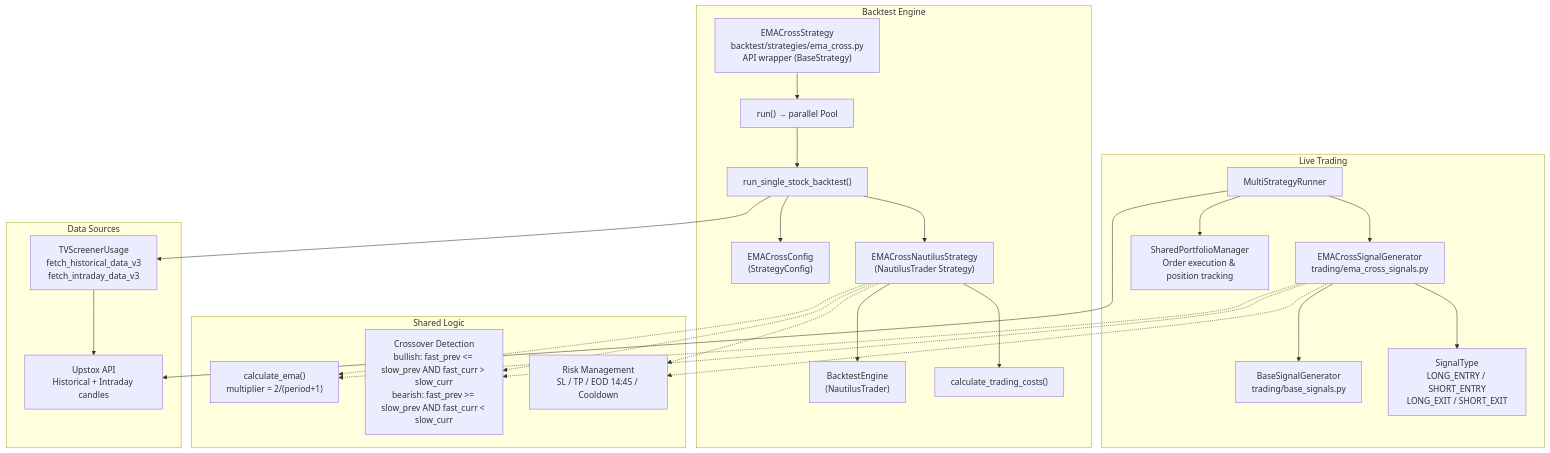
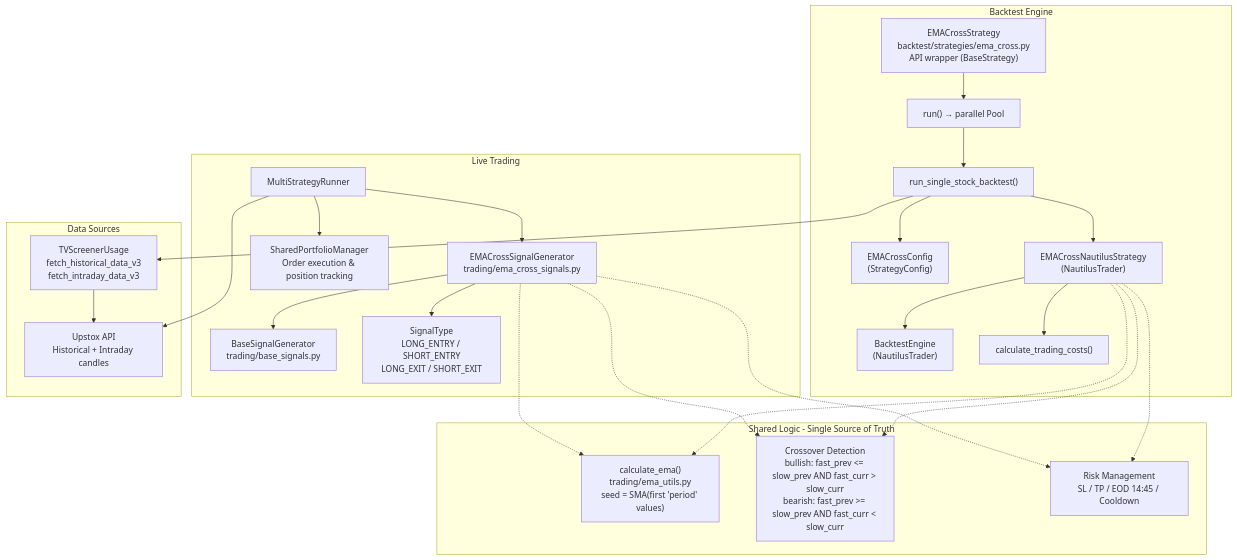
The sixth of 6 diagrams in stock-screener-ui/docs/strategy-ema-cross.md (syntaxhacker/Alphashri), drawn with Mermaid before and after one commit. The commit also changed other lines of this file and 7 other files, not shown here.

First line of the commit message:
refactor: create single source of truth for EMA calculation

````diff
--- a/stock-screener-ui/docs/strategy-ema-cross.md
+++ b/stock-screener-ui/docs/strategy-ema-cross.md
@@ -338,42 +338,42 @@
 ```mermaid
 flowchart TB
     subgraph Live["Live Trading"]
         Runner["MultiStrategyRunner"]
         Runner --> Gen["EMACrossSignalGenerator<br/>trading/ema_cross_signals.py"]
         Gen --> Base["BaseSignalGenerator<br/>trading/base_signals.py"]
         Gen --> Signals["SignalType<br/>LONG_ENTRY / SHORT_ENTRY<br/>LONG_EXIT / SHORT_EXIT"]
         Runner --> Portfolio["SharedPortfolioManager<br/>Order execution & position tracking"]
     end
 
     subgraph Backtest["Backtest Engine"]
         API["EMACrossStrategy<br/>backtest/strategies/ema_cross.py<br/>API wrapper (BaseStrategy)"]
         API --> Runner2["run() → parallel Pool"]
         Runner2 --> Single["run_single_stock_backtest()"]
         Single --> Config["EMACrossConfig<br/>(StrategyConfig)"]
-        Single --> Naut["EMACrossNautilusStrategy<br/>(NautilusTrader Strategy)"]
+        Single --> Naut["EMACrossNautilusStrategy<br/>(NautilusTrader)"]
         Naut --> Engine["BacktestEngine<br/>(NautilusTrader)"]
         Naut --> Costs["calculate_trading_costs()"]
     end
 
-    subgraph Shared["Shared Logic"]
-        EMA["calculate_ema()<br/>multiplier = 2/(period+1)"]
+    subgraph Shared["Shared Logic - Single Source of Truth"]
+        EMA["calculate_ema()<br/>trading/ema_utils.py<br/>seed = SMA(first 'period' values)"]
         Cross["Crossover Detection<br/>bullish: fast_prev <= slow_prev AND fast_curr > slow_curr<br/>bearish: fast_prev >= slow_prev AND fast_curr < slow_curr"]
         Risk["Risk Management<br/>SL / TP / EOD 14:45 / Cooldown"]
     end
 
-    Gen -.-> EMA
-    Naut -.-> EMA
-    Gen -.-> Cross
-    Naut -.-> Cross
-    Gen -.-> Risk
-    Naut -.-> Risk
+    Gen -..-> EMA
+    Naut -..-> EMA
+    Gen -..-> Cross
+    Naut -..-> Cross
+    Gen -..-> Risk
+    Naut -..-> Risk
 
     subgraph Data["Data Sources"]
         Upstox["Upstox API<br/>Historical + Intraday candles"]
         Screener["TVScreenerUsage<br/>fetch_historical_data_v3<br/>fetch_intraday_data_v3"]
     end
 
     Screener --> Upstox
     Single --> Screener
     Runner --> Upstox
 ```
````
